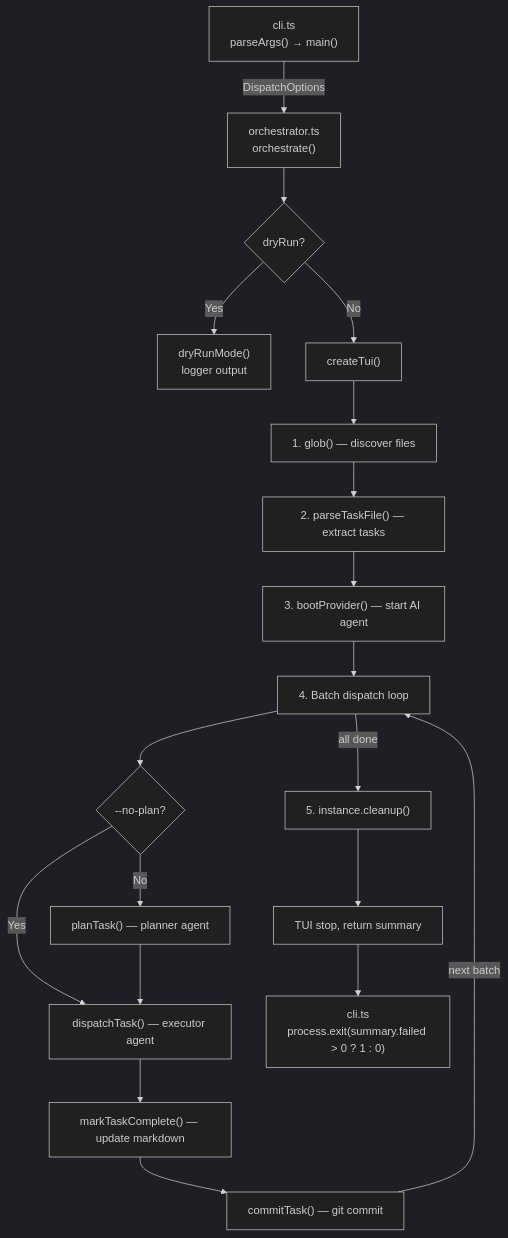
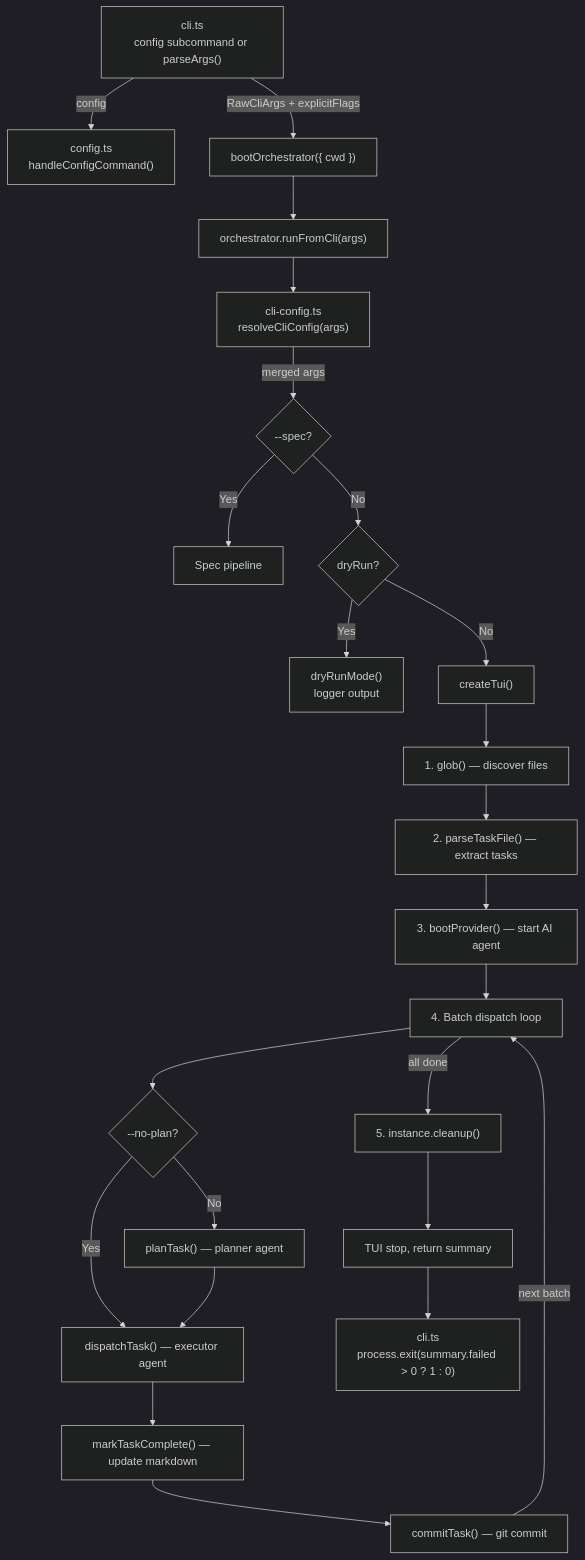
One commit to PatrickRuddiman/Dispatch changed the diagram in docs/cli-orchestration/overview.md. Above: the diagram before and after it, drawn with Mermaid (dark theme). The commit also changed other lines of this file and 37 other files, not shown here.

````diff
--- a/docs/cli-orchestration/overview.md
+++ b/docs/cli-orchestration/overview.md
@@ -32,21 +34,26 @@
 ```mermaid
 flowchart TD
-    A["cli.ts<br/>parseArgs() → main()"] -->|DispatchOptions| B["orchestrator.ts<br/>orchestrate()"]
-    B --> C{"dryRun?"}
-    C -->|Yes| D["dryRunMode()<br/>logger output"]
-    C -->|No| E["createTui()"]
-    E --> F["1. glob() — discover files"]
-    F --> G["2. parseTaskFile() — extract tasks"]
-    G --> H["3. bootProvider() — start AI agent"]
-    H --> I["4. Batch dispatch loop"]
-    I --> J{"--no-plan?"}
-    J -->|No| K["planTask() — planner agent"]
-    J -->|Yes| L["dispatchTask() — executor agent"]
-    K --> L
-    L --> M["markTaskComplete() — update markdown"]
-    M --> N["commitTask() — git commit"]
-    N -->|next batch| I
-    I -->|all done| O["5. instance.cleanup()"]
-    O --> P["TUI stop, return summary"]
-    P --> Q["cli.ts<br/>process.exit(summary.failed > 0 ? 1 : 0)"]
+    A["cli.ts<br/>config subcommand or parseArgs()"] -->|"config"| A2["config.ts<br/>handleConfigCommand()"]
+    A -->|"RawCliArgs + explicitFlags"| B["bootOrchestrator({ cwd })"]
+    B --> B2["orchestrator.runFromCli(args)"]
+    B2 --> B3["cli-config.ts<br/>resolveCliConfig(args)"]
+    B3 -->|"merged args"| C{"--spec?"}
+    C -->|Yes| C2["Spec pipeline"]
+    C -->|No| D{"dryRun?"}
+    D -->|Yes| E["dryRunMode()<br/>logger output"]
+    D -->|No| F["createTui()"]
+    F --> G["1. glob() — discover files"]
+    G --> H["2. parseTaskFile() — extract tasks"]
+    H --> I["3. bootProvider() — start AI agent"]
+    I --> J["4. Batch dispatch loop"]
+    J --> K{"--no-plan?"}
+    K -->|No| L["planTask() — planner agent"]
+    K -->|Yes| M["dispatchTask() — executor agent"]
+    L --> M
+    M --> N["markTaskComplete() — update markdown"]
+    N --> O["commitTask() — git commit"]
+    O -->|next batch| J
+    J -->|all done| P["5. instance.cleanup()"]
+    P --> Q["TUI stop, return summary"]
+    Q --> R["cli.ts<br/>process.exit(summary.failed > 0 ? 1 : 0)"]
 ```
````
